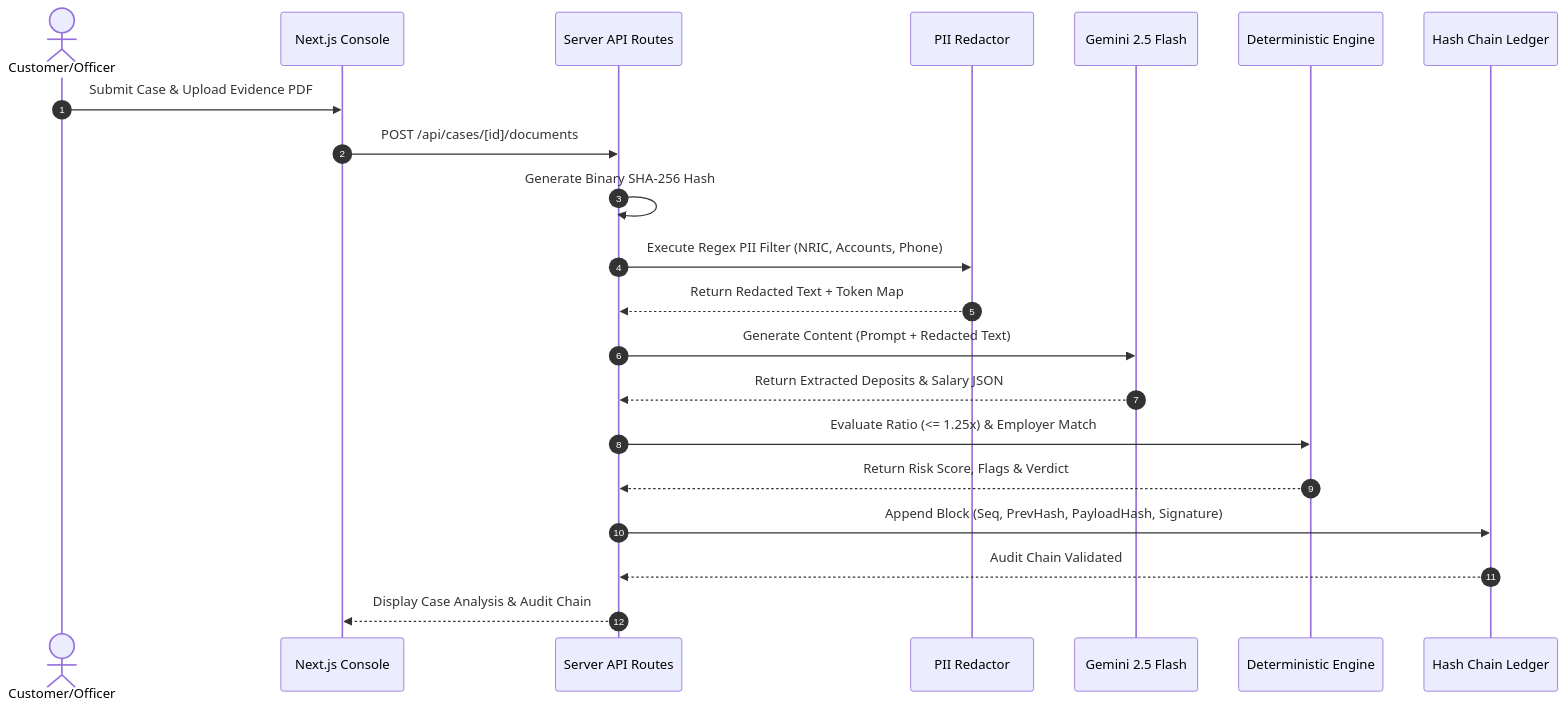
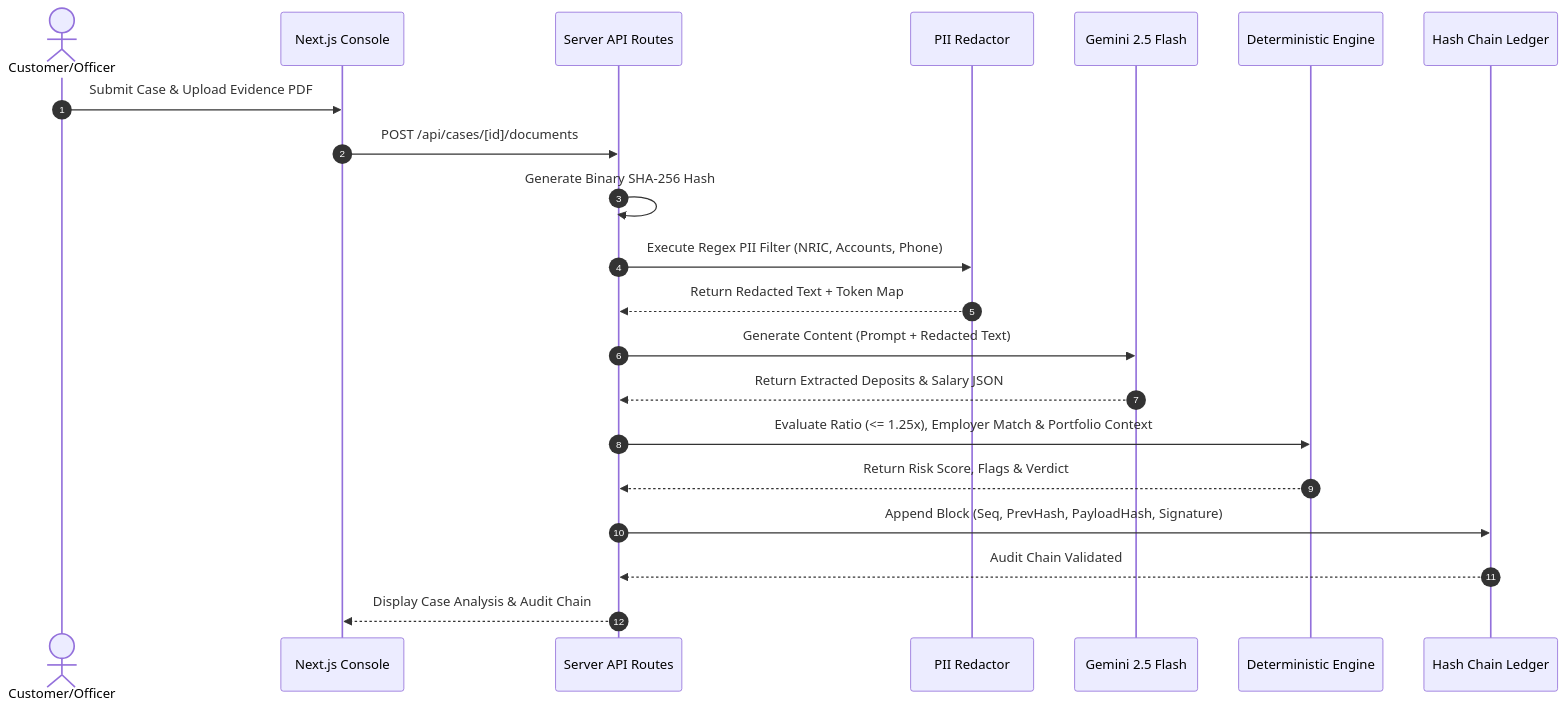
One commit to khaizafron/luxera-provenance changed the second of 5 diagrams in README.md. Above: the diagram before and after it, drawn with Mermaid. The commit also changed other lines of this file and 7 other files, not shown here.

````diff
--- a/README.md
+++ b/README.md
@@ -240,24 +277,24 @@
 ```mermaid
 sequenceDiagram
     autonumber
     actor Customer/Officer
     participant UI as Next.js Console
     participant API as Server API Routes
     participant PII as PII Redactor
     participant AI as Gemini 2.5 Flash
     participant Rules as Deterministic Engine
     participant Audit as Hash Chain Ledger
 
     Customer/Officer->>UI: Submit Case & Upload Evidence PDF
     UI->>API: POST /api/cases/[id]/documents
     API->>API: Generate Binary SHA-256 Hash
     API->>PII: Execute Regex PII Filter (NRIC, Accounts, Phone)
     PII-->>API: Return Redacted Text + Token Map
     API->>AI: Generate Content (Prompt + Redacted Text)
     AI-->>API: Return Extracted Deposits & Salary JSON
-    API->>Rules: Evaluate Ratio (<= 1.25x) & Employer Match
+    API->>Rules: Evaluate Ratio (<= 1.25x), Employer Match & Portfolio Context
     Rules-->>API: Return Risk Score, Flags & Verdict
     API->>Audit: Append Block (Seq, PrevHash, PayloadHash, Signature)
     Audit-->>API: Audit Chain Validated
     API-->>UI: Display Case Analysis & Audit Chain
 ```
````
